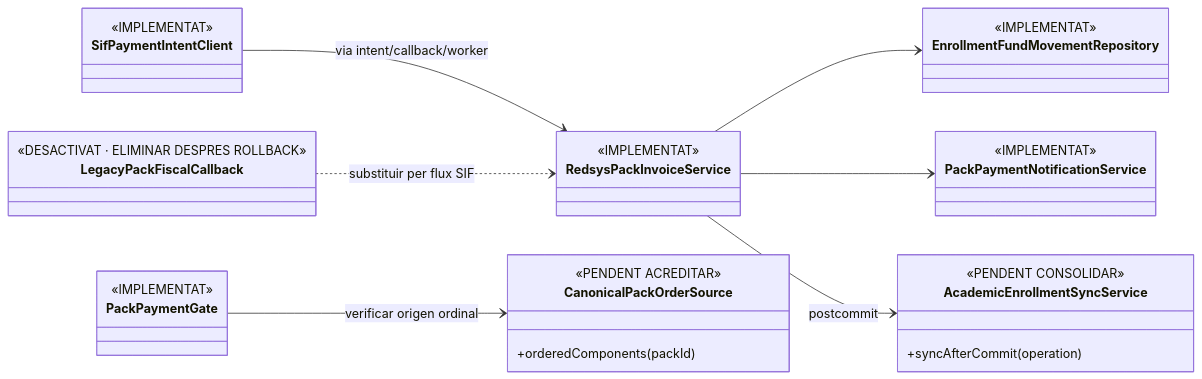
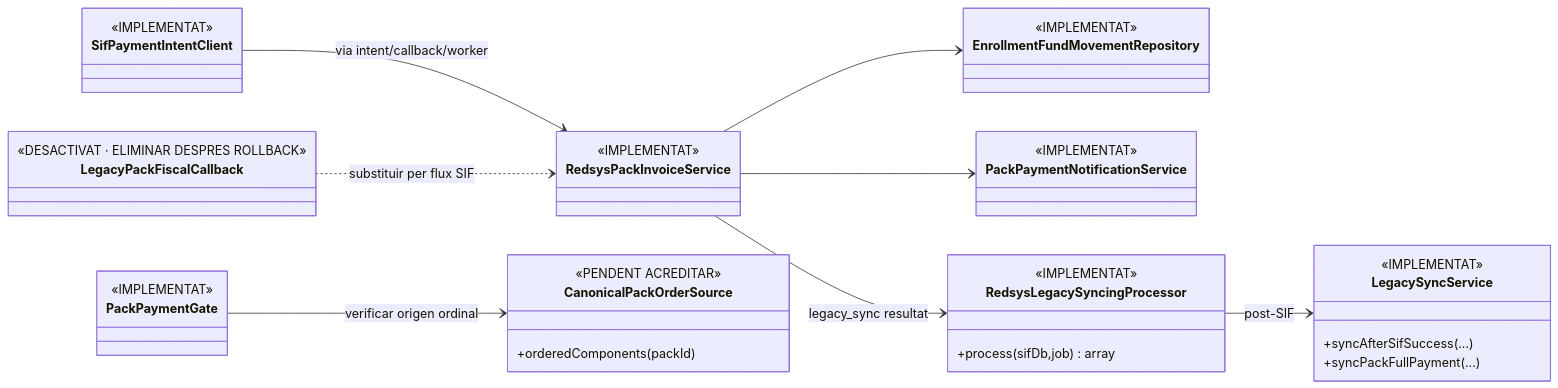
One commit to orgmeriemprismacat-del/verifactu changed the third of 3 diagrams in documentacio/07-uml-integrat/uc-015-classes-actual-final.md. Above: the diagram before and after it, drawn with Mermaid. The commit also changed other lines of this file, not shown here.

Commit message:
audit(UC-015): revalidar UML, proves i traçabilitat

````diff
--- a/documentacio/07-uml-integrat/uc-015-classes-actual-final.md
+++ b/documentacio/07-uml-integrat/uc-015-classes-actual-final.md
@@ -145,37 +145,43 @@
 ```mermaid
 classDiagram
 direction LR
 class PackPaymentGate {
   <<IMPLEMENTAT>>
 }
 class SifPaymentIntentClient {
   <<IMPLEMENTAT>>
 }
 class RedsysPackInvoiceService {
   <<IMPLEMENTAT>>
 }
 class EnrollmentFundMovementRepository {
   <<IMPLEMENTAT>>
 }
 class PackPaymentNotificationService {
   <<IMPLEMENTAT>>
 }
 class LegacyPackFiscalCallback {
   <<DESACTIVAT · ELIMINAR DESPRES ROLLBACK>>
 }
 class CanonicalPackOrderSource {
   <<PENDENT ACREDITAR>>
   +orderedComponents(packId)
 }
-class AcademicEnrollmentSyncService {
-  <<PENDENT CONSOLIDAR>>
-  +syncAfterCommit(operation)
+class RedsysLegacySyncingProcessor {
+  <<IMPLEMENTAT>>
+  +process(sifDb,job) array
+}
+class LegacySyncService {
+  <<IMPLEMENTAT>>
+  +syncAfterSifSuccess(...)
+  +syncPackFullPayment(...)
 }
 
 PackPaymentGate --> CanonicalPackOrderSource : verificar origen ordinal
 SifPaymentIntentClient --> RedsysPackInvoiceService : via intent/callback/worker
 RedsysPackInvoiceService --> EnrollmentFundMovementRepository
 RedsysPackInvoiceService --> PackPaymentNotificationService
-RedsysPackInvoiceService --> AcademicEnrollmentSyncService : postcommit
+RedsysPackInvoiceService --> RedsysLegacySyncingProcessor : legacy_sync resultat
+RedsysLegacySyncingProcessor --> LegacySyncService : post-SIF
 LegacyPackFiscalCallback ..> RedsysPackInvoiceService : substituir per flux SIF
 ```
````
